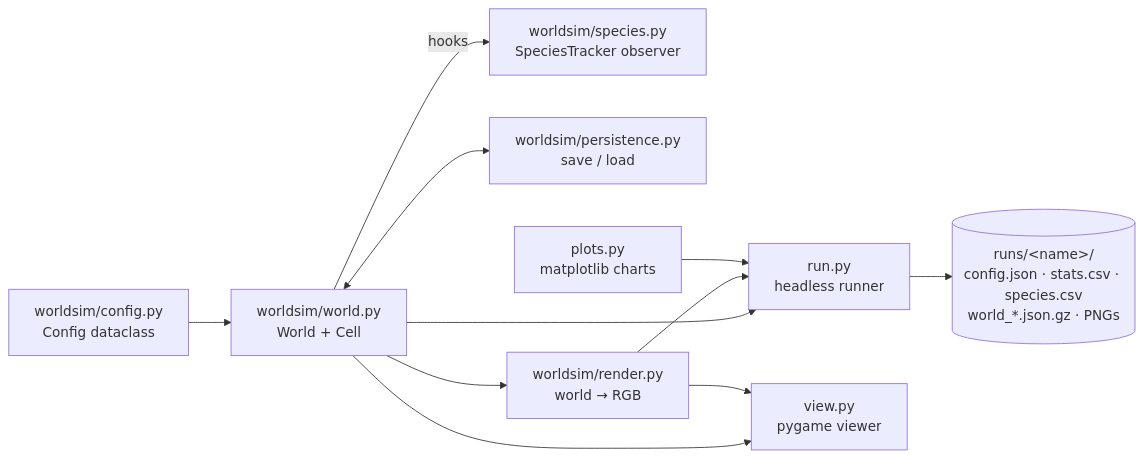
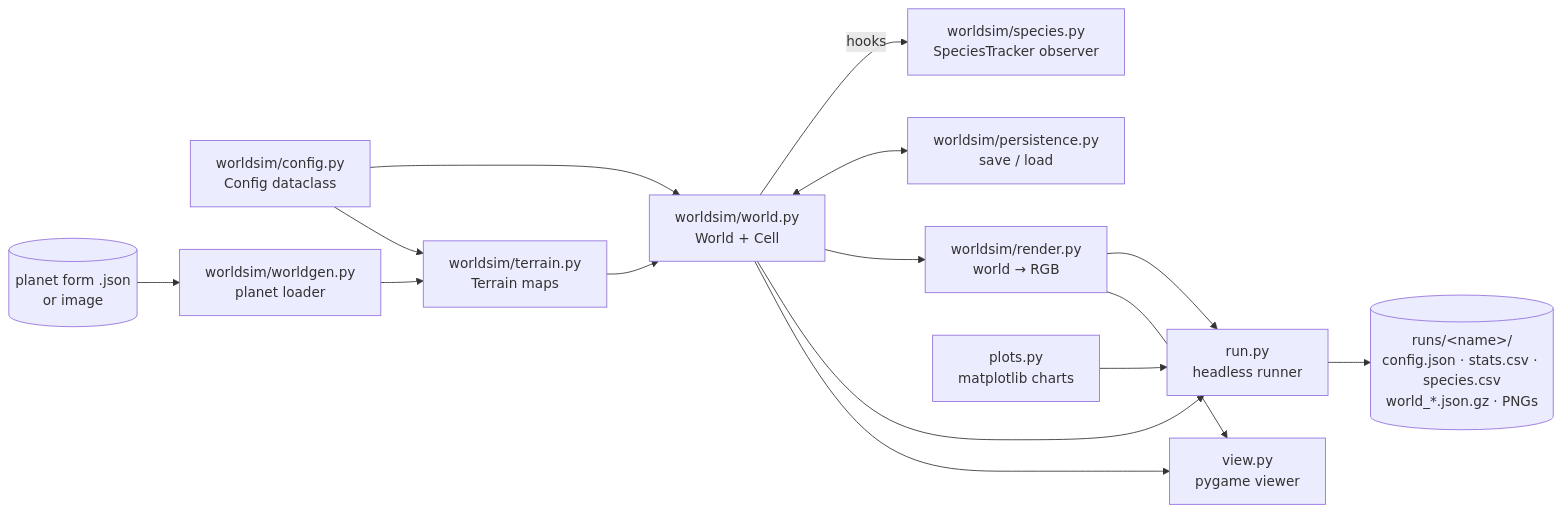
One commit to KydoDev/alife-SkiaWorld changed the diagram in docs/ARCHITECTURE.md. Above: the diagram before and after it, drawn with Mermaid. The commit also changed other lines of this file and 30 other files, not shown here.

````diff
--- a/docs/ARCHITECTURE.md
+++ b/docs/ARCHITECTURE.md
@@ -7,13 +7,17 @@
 ```mermaid
 flowchart LR
     Config[worldsim/config.py<br/>Config dataclass] --> World[worldsim/world.py<br/>World + Cell]
+    Input[(planet form .json<br/>or image)] --> Gen[worldsim/worldgen.py<br/>planet loader]
+    Gen --> Terrain[worldsim/terrain.py<br/>Terrain maps]
+    Config --> Terrain
+    Terrain --> World
     World -- hooks --> Species[worldsim/species.py<br/>SpeciesTracker observer]
     World <--> Persist[worldsim/persistence.py<br/>save / load]
     World --> Render[worldsim/render.py<br/>world → RGB]
     World --> Run[run.py<br/>headless runner]
     Render --> Run
     Plots[plots.py<br/>matplotlib charts] --> Run
     World --> View[view.py<br/>pygame viewer]
     Render --> View
     Run --> Out[(runs/&lt;name&gt;/<br/>config.json · stats.csv · species.csv<br/>world_*.json.gz · PNGs)]
 ```
````
